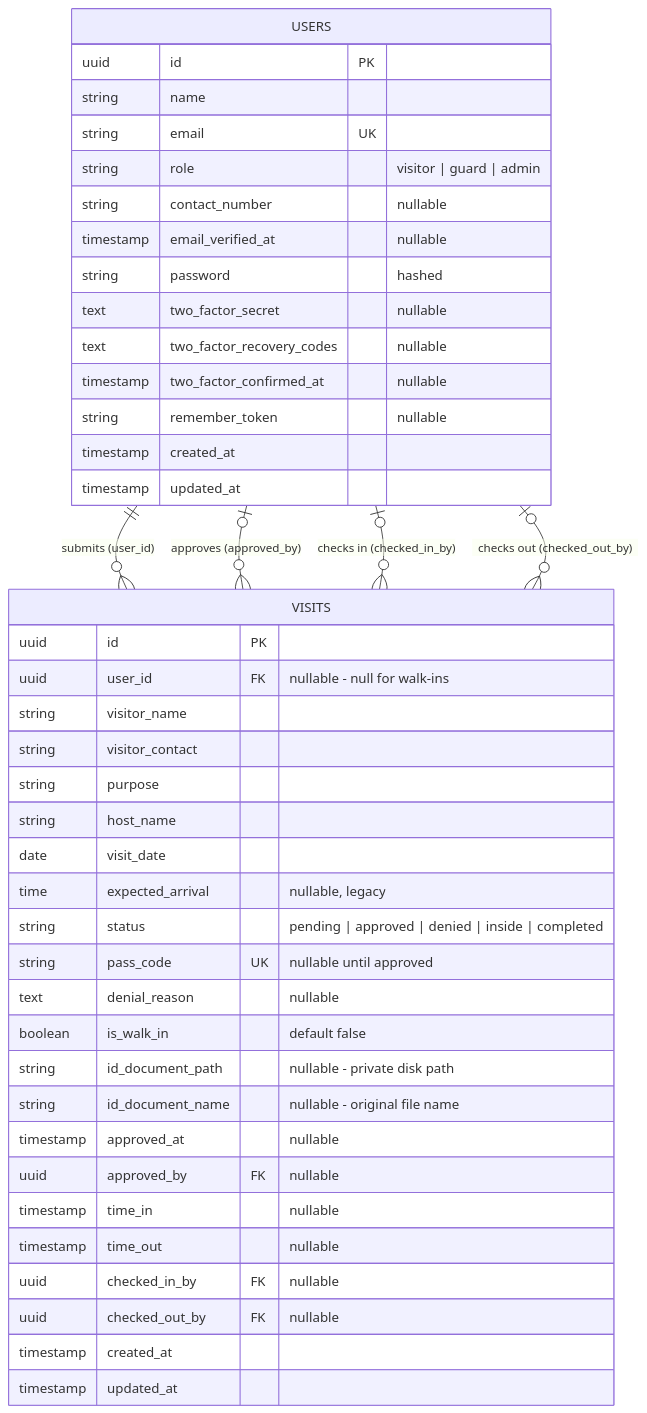
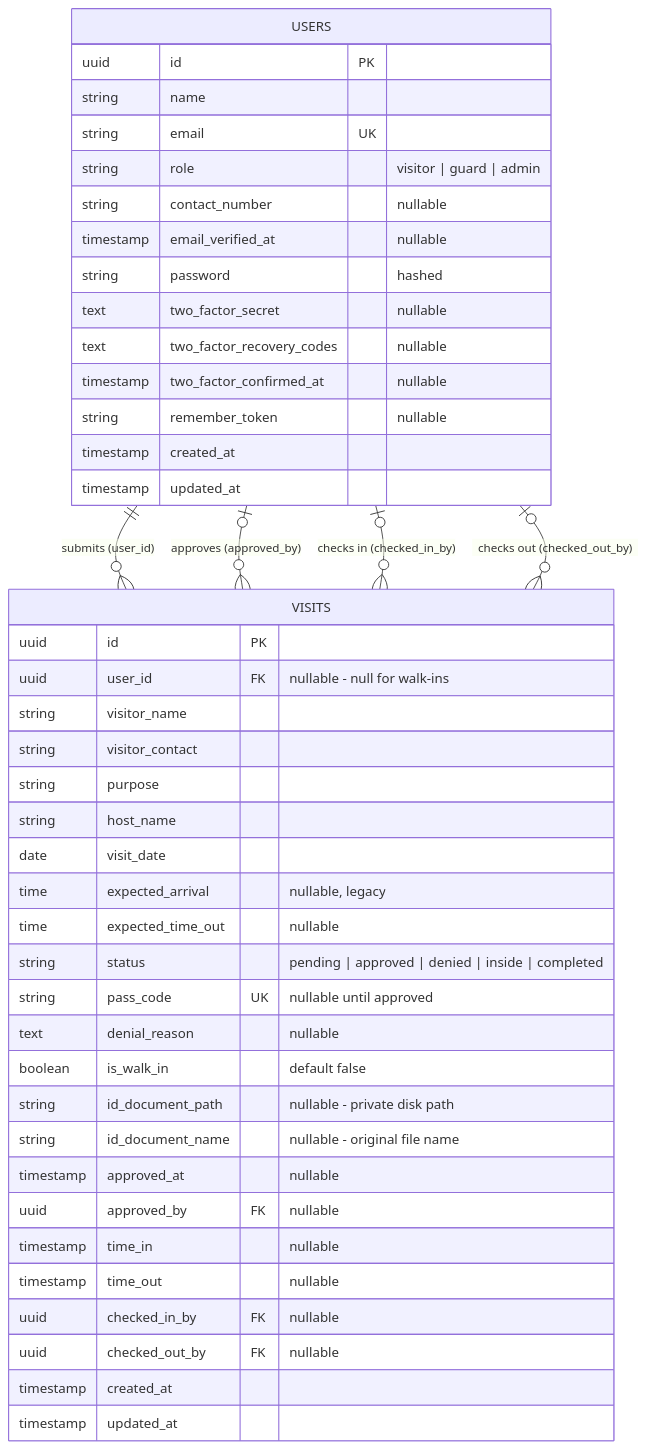
Before and after one commit to nikkijoykasan-lang/qrvisits: the first of 4 diagrams in .agents/context/ERD.md, drawn with Mermaid. The commit also changed other lines of this file and 37 other files, not shown here.

````diff
--- a/.agents/context/ERD.md
+++ b/.agents/context/ERD.md
@@ -24,48 +24,49 @@
 ```mermaid
 erDiagram
     USERS {
         uuid id PK
         string name
         string email UK
         string role "visitor | guard | admin"
         string contact_number "nullable"
         timestamp email_verified_at "nullable"
         string password "hashed"
         text two_factor_secret "nullable"
         text two_factor_recovery_codes "nullable"
         timestamp two_factor_confirmed_at "nullable"
         string remember_token "nullable"
         timestamp created_at
         timestamp updated_at
     }
 
     VISITS {
         uuid id PK
         uuid user_id FK "nullable - null for walk-ins"
         string visitor_name
         string visitor_contact
         string purpose
         string host_name
         date visit_date
         time expected_arrival "nullable, legacy"
+        time expected_time_out "nullable"
         string status "pending | approved | denied | inside | completed"
         string pass_code UK "nullable until approved"
         text denial_reason "nullable"
         boolean is_walk_in "default false"
         string id_document_path "nullable - private disk path"
         string id_document_name "nullable - original file name"
         timestamp approved_at "nullable"
         uuid approved_by FK "nullable"
         timestamp time_in "nullable"
         timestamp time_out "nullable"
         uuid checked_in_by FK "nullable"
         uuid checked_out_by FK "nullable"
         timestamp created_at
         timestamp updated_at
     }
 
     USERS ||--o{ VISITS : "submits (user_id)"
     USERS |o--o{ VISITS : "approves (approved_by)"
     USERS |o--o{ VISITS : "checks in (checked_in_by)"
     USERS |o--o{ VISITS : "checks out (checked_out_by)"
 ```
````
